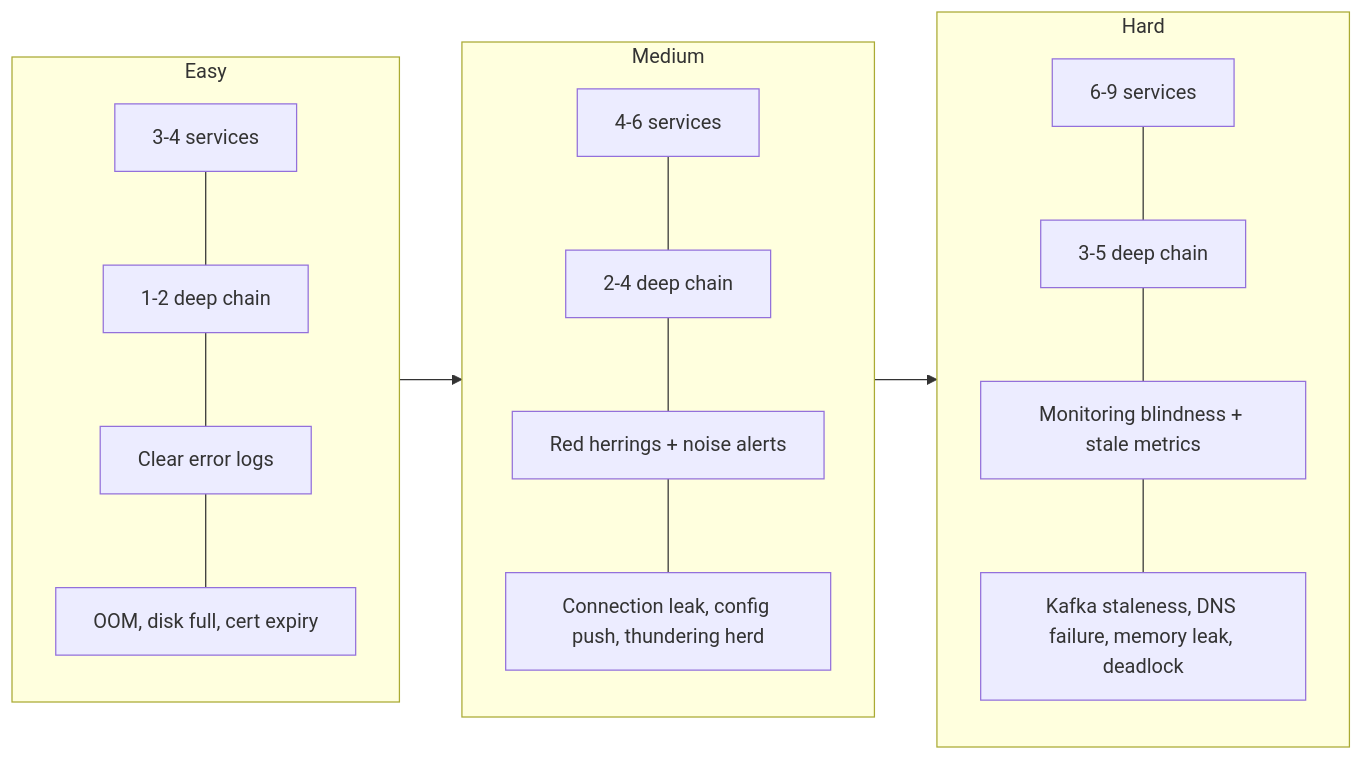
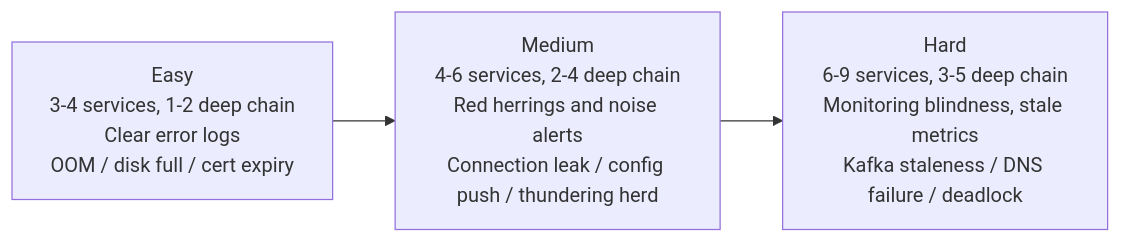
Before and after one commit to wildcraft958/incident_triage_env: the third of 4 diagrams in README.md, drawn with Mermaid. The commit also changed other lines of this file and 1 other file, not shown here.

Commit message:
Fix temporal diagram layout and difficulty progression subgraph errors
- Temporal: add D-->K fork-join so both paths converge (fixes Dagre asymmetric branch error)
- Difficulty Progression: replace subgraph+--- pattern with plain nodes using <br/> (subgraph internal connections conflict with inter-subgraph arrows)

````diff
--- a/README.md
+++ b/README.md
@@ -67,16 +68,7 @@
 ```mermaid
 flowchart LR
-    subgraph Easy["Easy"]
-        E1["3-4 services"] --- E2["1-2 deep chain"] --- E3["Clear error logs"] --- E4["OOM, disk full, cert expiry"]
-    end
-
-    subgraph Medium["Medium"]
-        M1["4-6 services"] --- M2["2-4 deep chain"] --- M3["Red herrings + noise alerts"] --- M4["Connection leak, config push, thundering herd"]
-    end
-
-    subgraph Hard["Hard"]
-        H1["6-9 services"] --- H2["3-5 deep chain"] --- H3["Monitoring blindness + stale metrics"] --- H4["Kafka staleness, DNS failure, memory leak, deadlock"]
-    end
-
-    Easy --> Medium --> Hard
+    EA["Easy<br/>3-4 services, 1-2 deep chain<br/>Clear error logs<br/>OOM / disk full / cert expiry"]
+    MD["Medium<br/>4-6 services, 2-4 deep chain<br/>Red herrings and noise alerts<br/>Connection leak / config push / thundering herd"]
+    HD["Hard<br/>6-9 services, 3-5 deep chain<br/>Monitoring blindness, stale metrics<br/>Kafka staleness / DNS failure / deadlock"]
+    EA --> MD --> HD
 ```
````
